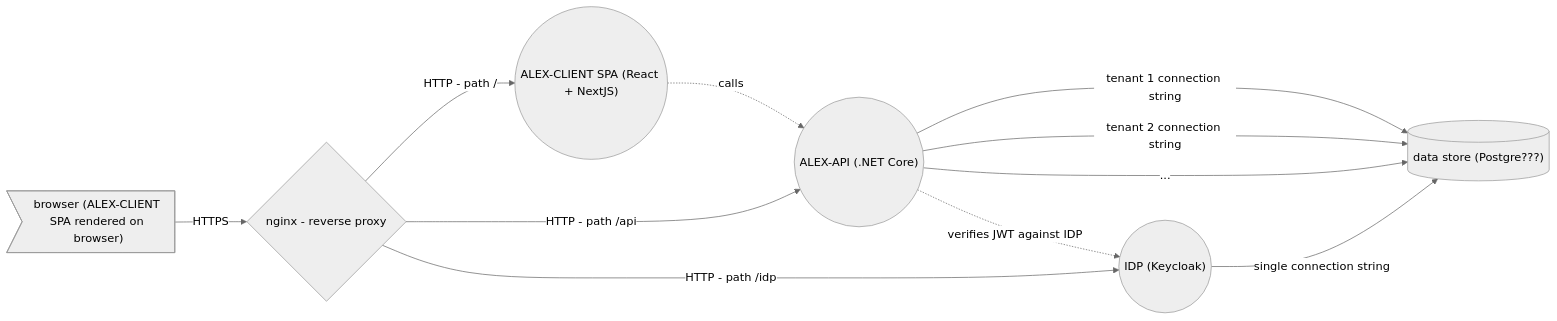
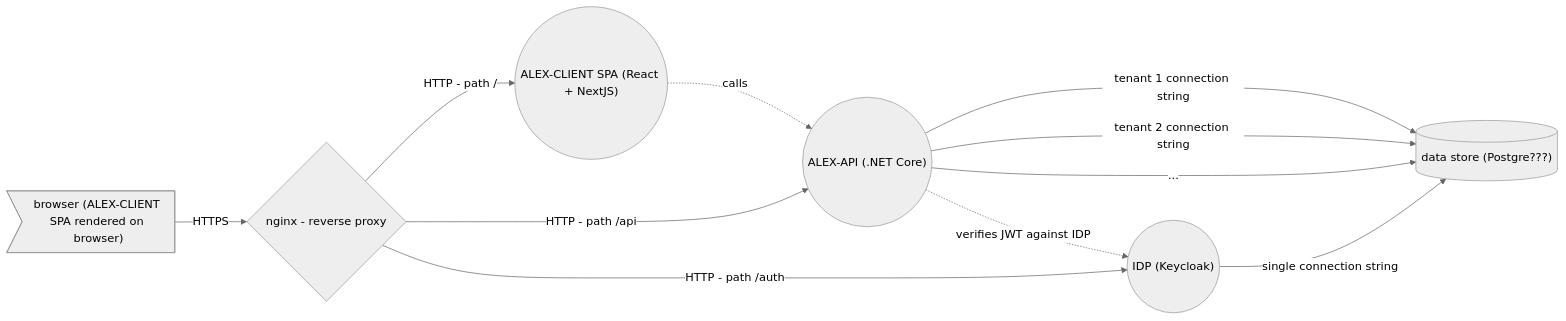
The diagram in docs/reverse-proxy.md (code4romania/alex-api), drawn with Mermaid (neutral theme) before and after one commit. The commit also changed other lines of this file and 6 other files, not shown here.

````diff
--- a/docs/reverse-proxy.md
+++ b/docs/reverse-proxy.md
@@ -5,13 +5,13 @@
 ```mermaid
 flowchart LR
     web>"browser (ALEX-CLIENT SPA rendered on browser)"] -- HTTPS --> reverse_proxy{"nginx - reverse proxy"}
     reverse_proxy -- "HTTP - path /" --> alex_client(("ALEX-CLIENT SPA (React + NextJS)"))
     alex_client -. calls .-> alex_api
     reverse_proxy -- "HTTP - path /api" --> alex_api(("ALEX-API (.NET Core)"))
     alex_api -. "verifies JWT against IDP" .-> idp
     alex_api -- "tenant 1 connection string" --> db[(database)]
     alex_api -- "tenant 2 connection string" --> db[(database)]
     alex_api -- "..." --> db[(database)]
     idp -- single connection string --> db[("data store (Postgre???)")]   
-    reverse_proxy -- "HTTP - path /idp" --> idp(("IDP (Keycloak)"))    
+    reverse_proxy -- "HTTP - path /auth" --> idp(("IDP (Keycloak)"))    
 ```
````
